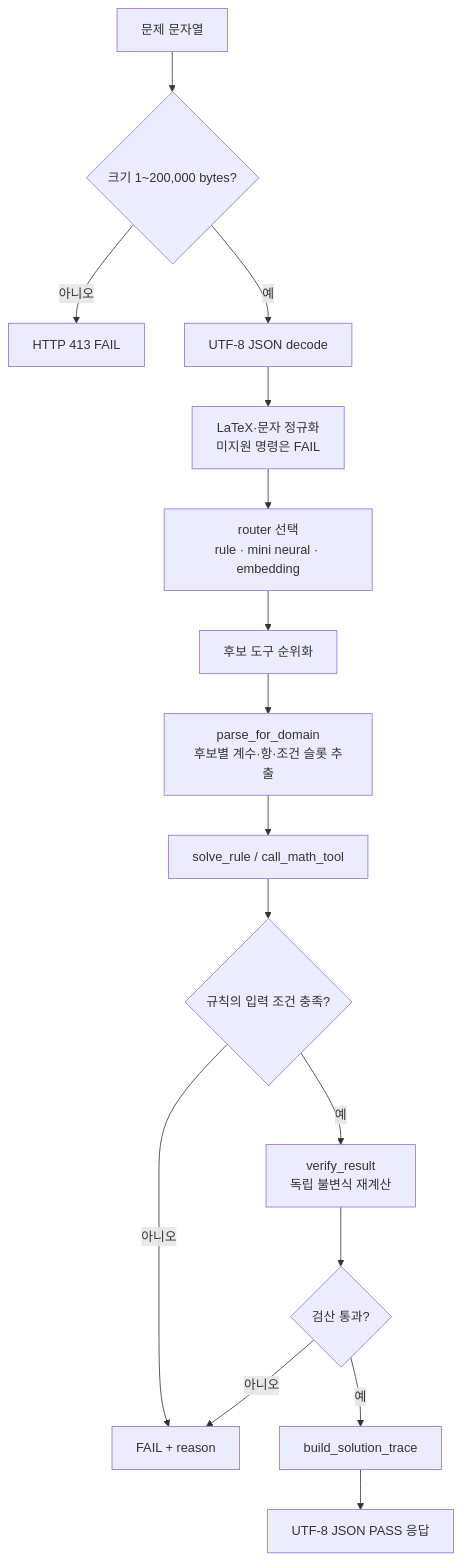
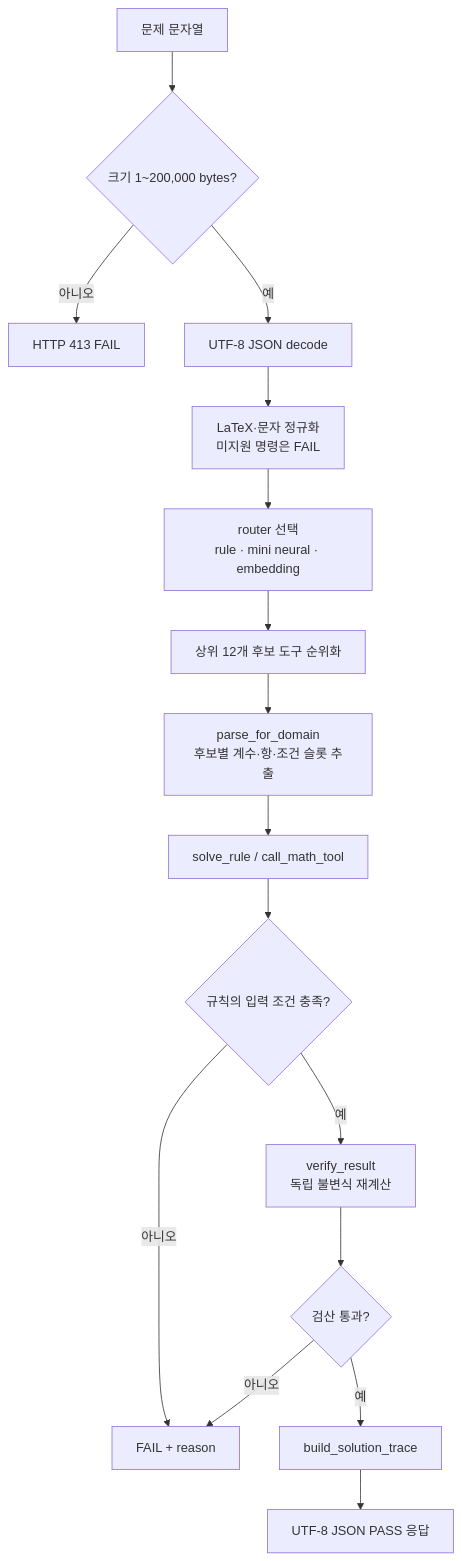
The diagram in docs/AIFlow-Core-Obsidian-Vault/20 Flows/Solve Request Flow.md (kuseumkkrkkr/AIFlow-Core), drawn with Mermaid before and after one commit. The commit also changed 8 other files, not shown here.

````diff
--- a/docs/AIFlow-Core-Obsidian-Vault/20 Flows/Solve Request Flow.md
+++ b/docs/AIFlow-Core-Obsidian-Vault/20 Flows/Solve Request Flow.md
@@ -13,18 +13,18 @@
 ```mermaid
 flowchart TD
     A[문제 문자열] --> B{크기 1~200,000 bytes?}
     B -- 아니오 --> R400[HTTP 413 FAIL]
     B -- 예 --> C[UTF-8 JSON decode]
     C --> D[LaTeX·문자 정규화<br/>미지원 명령은 FAIL]
     D --> E[router 선택<br/>rule · mini neural · embedding]
-    E --> F[후보 도구 순위화]
+    E --> F[상위 12개 후보 도구 순위화]
     F --> G[parse_for_domain<br/>후보별 계수·항·조건 슬롯 추출]
     G --> H[solve_rule / call_math_tool]
     H --> I{규칙의 입력 조건 충족?}
     I -- 아니오 --> J[FAIL + reason]
     I -- 예 --> K[verify_result<br/>독립 불변식 재계산]
     K --> L{검산 통과?}
     L -- 아니오 --> J
     L -- 예 --> M[build_solution_trace]
     M --> N[UTF-8 JSON PASS 응답]
 ```
````
